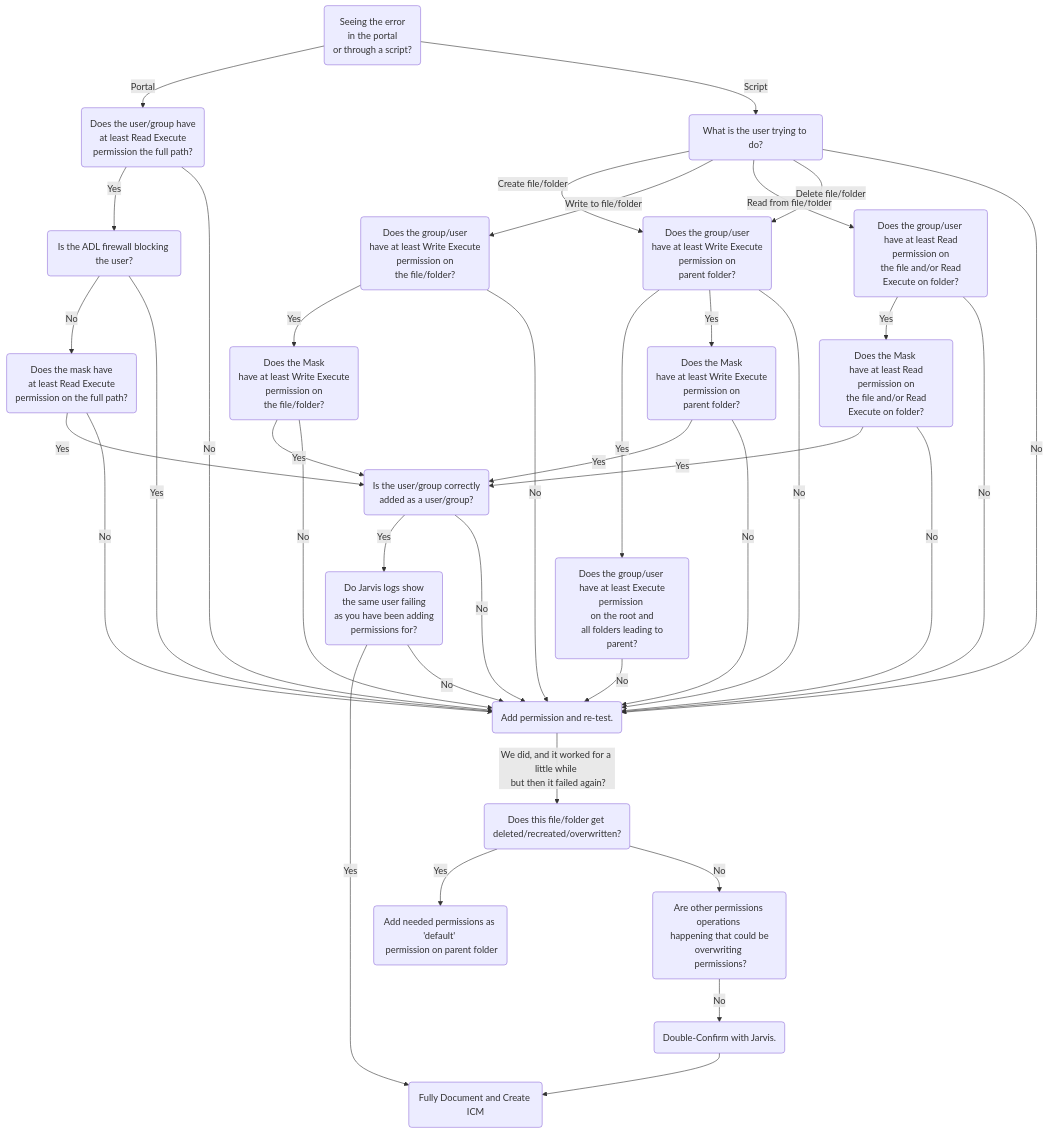
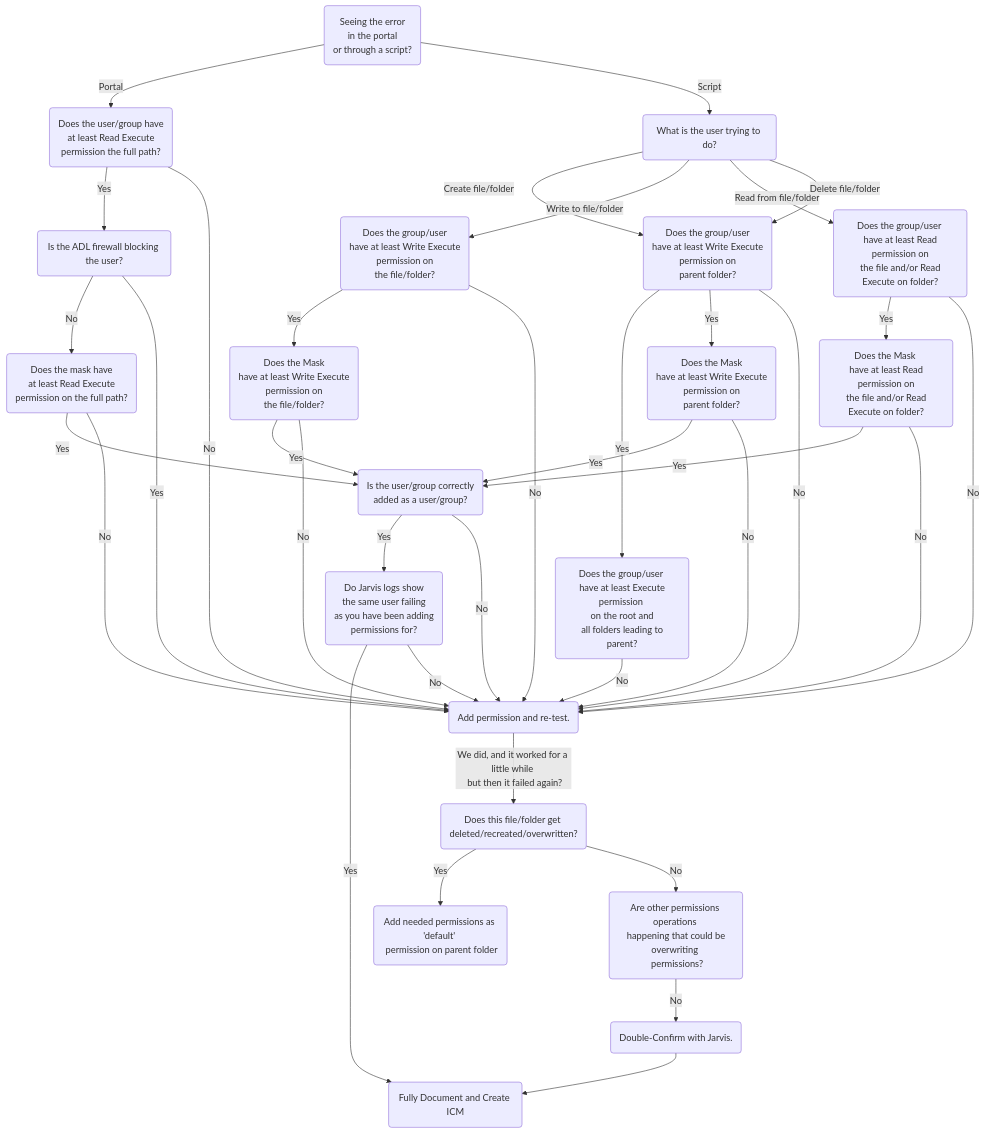
The diagram in Big-Data/Technical-Troubleshooting/Product-Specific-Troubleshooting/POD-%2D-Data-Movement/Data-Lake-Store/TSGs/Troubleshooting-Access.md (santi1s/Big-Data), drawn with Mermaid before and after one commit.

Commit message:
Updated Troubleshooting Access

```diff
--- a/Big-Data/Technical-Troubleshooting/Product-Specific-Troubleshooting/POD-%2D-Data-Movement/Data-Lake-Store/TSGs/Troubleshooting-Access.md
+++ b/Big-Data/Technical-Troubleshooting/Product-Specific-Troubleshooting/POD-%2D-Data-Movement/Data-Lake-Store/TSGs/Troubleshooting-Access.md
@@ -18,52 +18,51 @@
 ::: mermaid
 graph TD
 A(Seeing the error <br> in the portal<br> or through a script?) -->|Portal| C(Does the user/group have <br> at least Read Execute <br> permission the full path?)
 C -->|Yes| G(Is the ADL firewall blocking the user?)
 G -->|No| D(Does the mask have <br> at least Read Execute<br> permission on the full path?)
 D -->|Yes| E(Is the user/group correctly <br> added as a user/group?)
 E -->|Yes| F(Do Jarvis logs show <br> the same user failing <br> as you have been adding <br> permissions for?)
 
 A -->|Script| H(What is the user trying to do?)
 
 H -->|Create file/folder| I(Does the group/user <br> have at least Write Execute <br> permission on <br> parent folder?)
 H -->|Write to file/folder| M(Does the group/user <br> have at least Write Execute <br> permission on <br> the file/folder?)
 H -->|Read from file/folder| K(Does the group/user <br> have at least Read <br> permission on <br> the file and/or Read Execute on folder?)
 H -->|Delete file/folder| I
 
 I -->|Yes| J(Does the group/user <br> have at least Execute permission <br> on the root and <br> all folders leading to parent?)
 
 I -->|Yes| N(Does the Mask <br> have at least Write Execute <br> permission on <br> parent folder?)
 M -->|Yes| O(Does the Mask <br> have at least Write Execute <br> permission on <br> the file/folder?)
 K -->|Yes| P(Does the Mask <br> have at least Read <br> permission on <br> the file and/or Read Execute on folder?)
 
 N--> |Yes| E
 O --> |Yes| E
 P --> |Yes| E
 
 C -->|No| Z
 G -->|Yes| Z
 D -->|No| Z
 E -->|No| Z
 F -->|Yes| Y
 F -->|No| Z
-H -->|No| Z
 I -->|No| Z
 J --> |No| Z
 M --> |No| Z
 K --> |No| Z
 N--> |No| Z
 O --> |No| Z
 P --> |No| Z
 
 
 Y(Fully Document and Create ICM)
 Z(Add permission and re-test.)
 
 Z -->|We did, and it worked for a little while <br> but then it failed again?| AA(Does this file/folder get deleted/recreated/overwritten?) 
 
 AA -->|Yes| BB(Add needed permissions as 'default' <br> permission on parent folder)
 AA -->|No| CC(Are other permissions operations <br> happening that could be overwriting <br> permissions?)
 CC -->|No| DD(Double-Confirm with Jarvis.)
 DD --> Y
 
 :::
```
